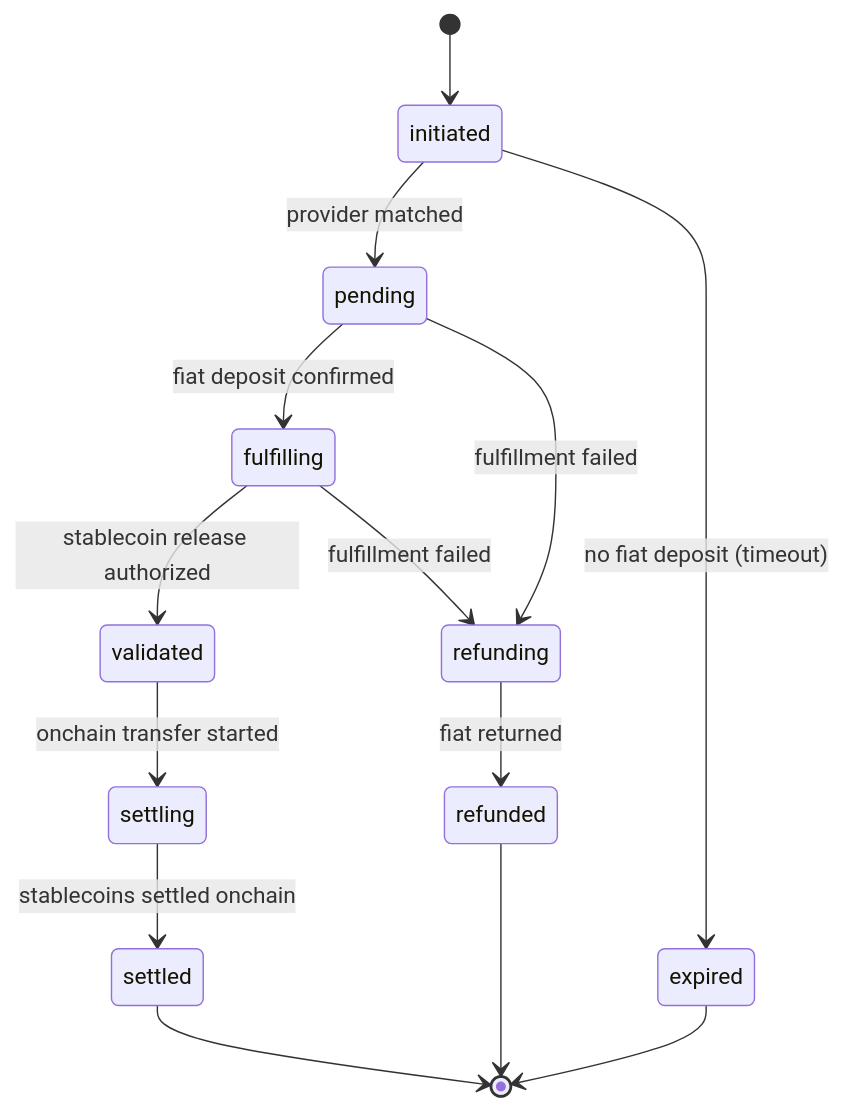
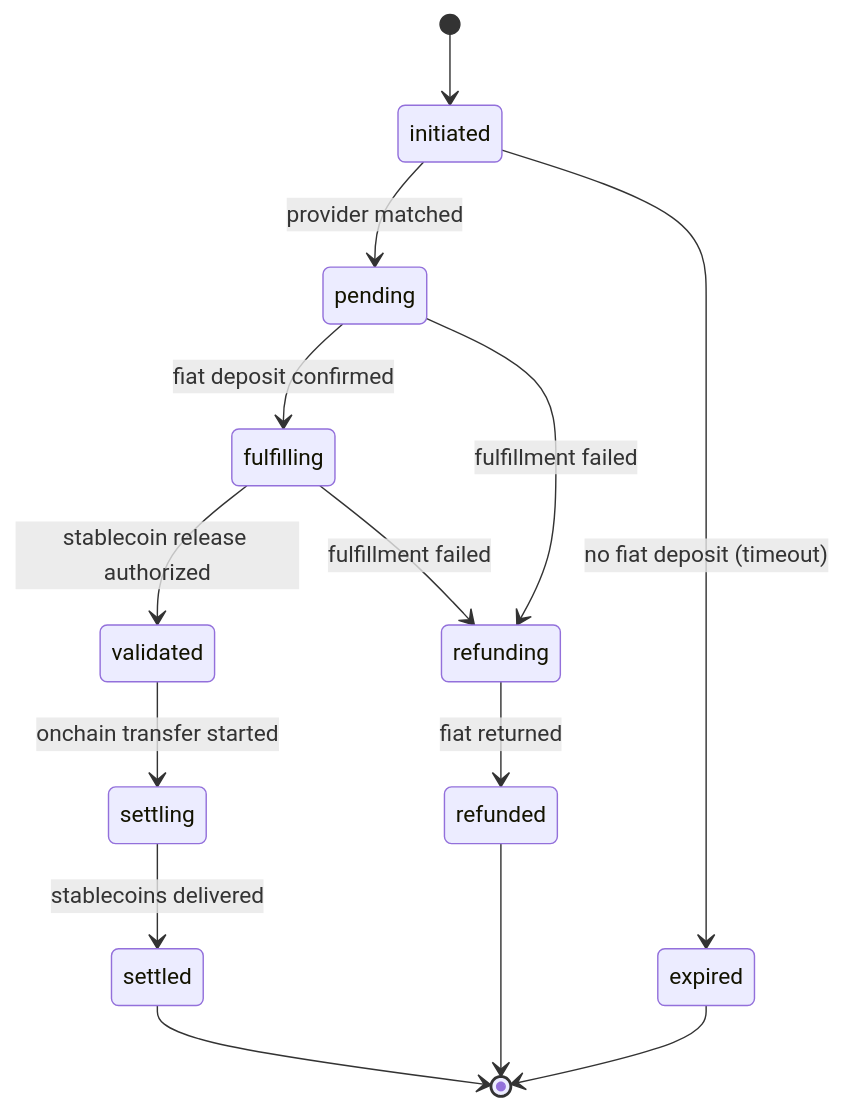
One commit to paycrest/docs changed the second of 2 diagrams in concepts/transaction-lifecycle.mdx. Above: the diagram before and after it, drawn with Mermaid. The commit also changed other lines of this file and 11 other files, not shown here.

````diff
--- a/concepts/transaction-lifecycle.mdx
+++ b/concepts/transaction-lifecycle.mdx
@@ -63,16 +63,16 @@
 ```mermaid
 stateDiagram-v2
     [*] --> initiated
     initiated --> pending: provider matched
     initiated --> expired: no fiat deposit (timeout)
     pending --> fulfilling: fiat deposit confirmed
     fulfilling --> validated: stablecoin release authorized
     validated --> settling: onchain transfer started
-    settling --> settled: stablecoins settled onchain
+    settling --> settled: stablecoins delivered
     pending --> refunding: fulfillment failed
     fulfilling --> refunding: fulfillment failed
     refunding --> refunded: fiat returned
     expired --> [*]
     settled --> [*]
     refunded --> [*]
 ```
````
